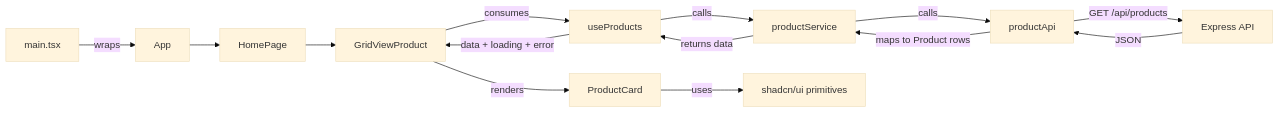
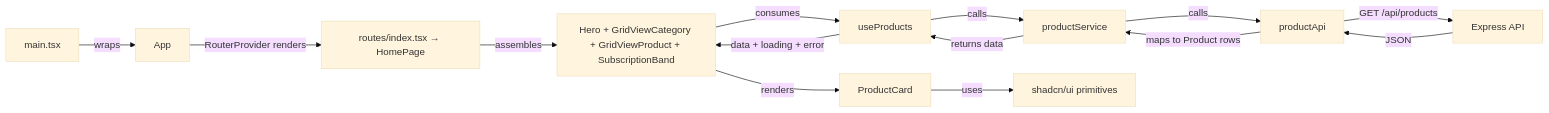
The second of 2 diagrams in AGENTS.md (prakasa1904/ai-commerce), drawn with Mermaid (base theme) before and after one commit. The commit also changed other lines of this file and 32 other files, not shown here.

First line of the commit message:
feat: migrate to TanStack file-based routing with layered architecture

````diff
--- a/AGENTS.md
+++ b/AGENTS.md
@@ -49,16 +51,16 @@
 ```mermaid
 flowchart LR
     A["main.tsx"] -->|wraps| B["App"]
-    B --> C["HomePage"]
-    C --> D["GridViewProduct"]
+    B -->|RouterProvider renders| C["routes/index.tsx → HomePage"]
+    C -->|assembles| D["Hero + GridViewCategory + GridViewProduct + SubscriptionBand"]
     D -->|consumes| E["useProducts"]
     E -->|calls| F["productService"]
     F -->|calls| G["productApi"]
     G -->|GET /api/products| H["Express API"]
     H -->|JSON| G
     G -->|maps to Product rows| F
     F -->|returns data| E
     E -->|data + loading + error| D
     D -->|renders| I["ProductCard"]
     I -->|uses| J["shadcn/ui primitives"]
 ```
````
